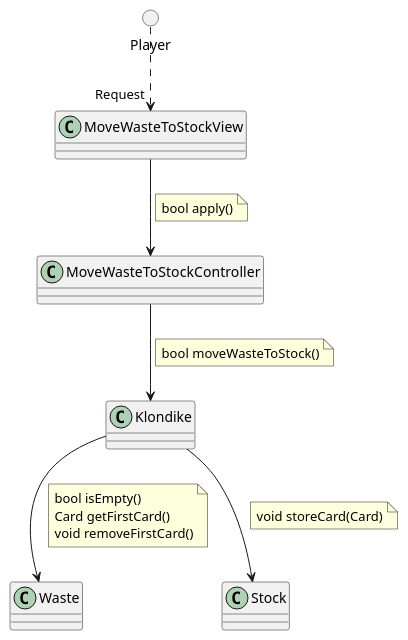
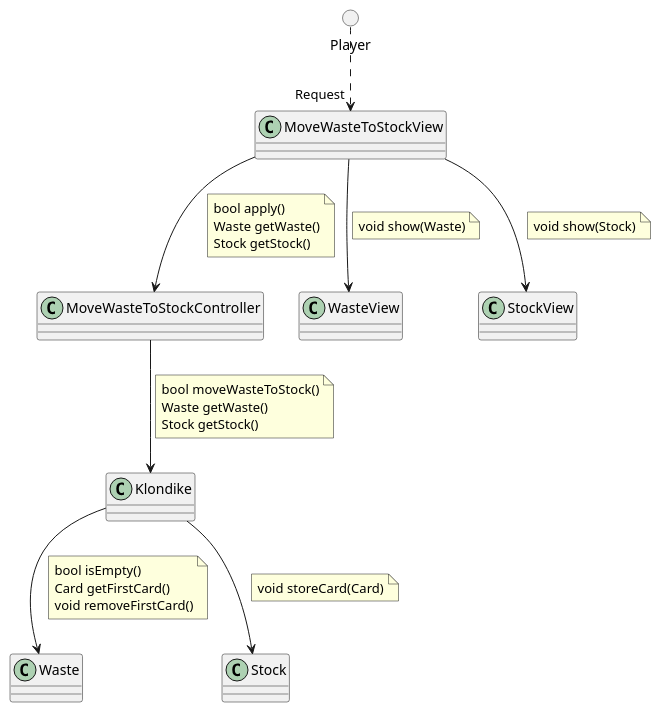
Before and after one commit to ciscoruiz/klondike: the diagram in analysis/collaboration/MoveWasteToStock.puml, drawn with PlantUML. The commit also changed 1 other file, not shown here.

Commit message:
Take account of showing the result after the movement for MoveWasteToStock

```diff
--- a/analysis/collaboration/MoveWasteToStock.puml
+++ b/analysis/collaboration/MoveWasteToStock.puml
@@ -1,23 +1,29 @@
 @startuml
 class MoveWasteToStockView
 class MoveWasteToStockController
 class Klondike
 class Waste
 class Stock
 circle Player
 
 Player ..> "Request" MoveWasteToStockView
 
 MoveWasteToStockView --> MoveWasteToStockController
-note on link: bool apply()
+note on link: bool apply()\nWaste getWaste()\nStock getStock()
+
+MoveWasteToStockView --> WasteView
+note on link: void show(Waste)
+
+MoveWasteToStockView --> StockView
+note on link: void show(Stock)
 
 MoveWasteToStockController --> Klondike
-note on link: bool moveWasteToStock()
+note on link: bool moveWasteToStock()\nWaste getWaste()\nStock getStock()
 
 Klondike --> Waste
 note on link: bool isEmpty()\nCard getFirstCard()\nvoid removeFirstCard()
 
 Klondike --> Stock
 note on link: void storeCard(Card)
 
 @enduml
```
